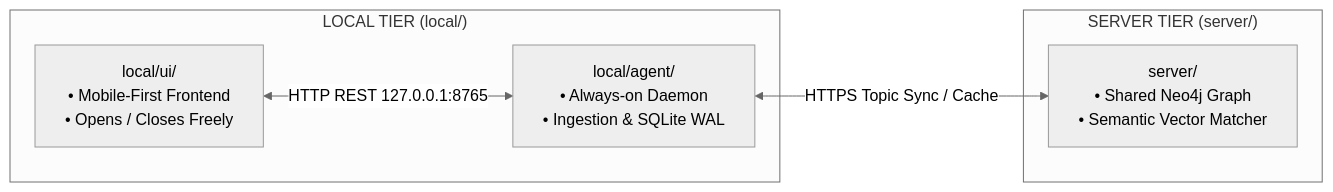
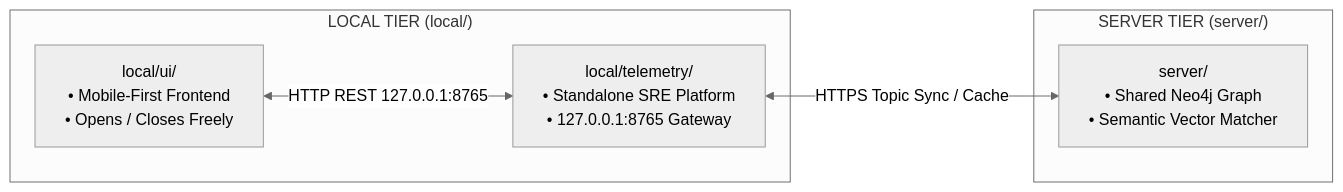
Before and after one commit to DevelopingPontus/Microservice-egg: the diagram in local/AGENTS.md, drawn with Mermaid (neutral theme). The commit also changed other lines of this file and 129 other files, not shown here.

First line of the commit message:
Refactor telemetry architecture and remove deprecated Grafana dashboards

````diff
--- a/local/AGENTS.md
+++ b/local/AGENTS.md
@@ -36,14 +35,14 @@
 ```mermaid
 flowchart LR
     subgraph LocalTier["LOCAL TIER (local/)"]
         UI["local/ui/<br/>• Mobile-First Frontend<br/>• Opens / Closes Freely"]
-        AGENT["local/agent/<br/>• Always-on Daemon<br/>• Ingestion & SQLite WAL"]
-        UI <-->|HTTP REST 127.0.0.1:8765| AGENT
+        TELEMETRY["local/telemetry/<br/>• Standalone SRE Platform<br/>• 127.0.0.1:8765 Gateway"]
+        UI <-->|HTTP REST 127.0.0.1:8765| TELEMETRY
     end
 
     subgraph ServerTier["SERVER TIER (server/)"]
         SERVER["server/<br/>• Shared Neo4j Graph<br/>• Semantic Vector Matcher"]
     end
 
-    AGENT <-->|HTTPS Topic Sync / Cache| SERVER
+    TELEMETRY <-->|HTTPS Topic Sync / Cache| SERVER
 ```
````
